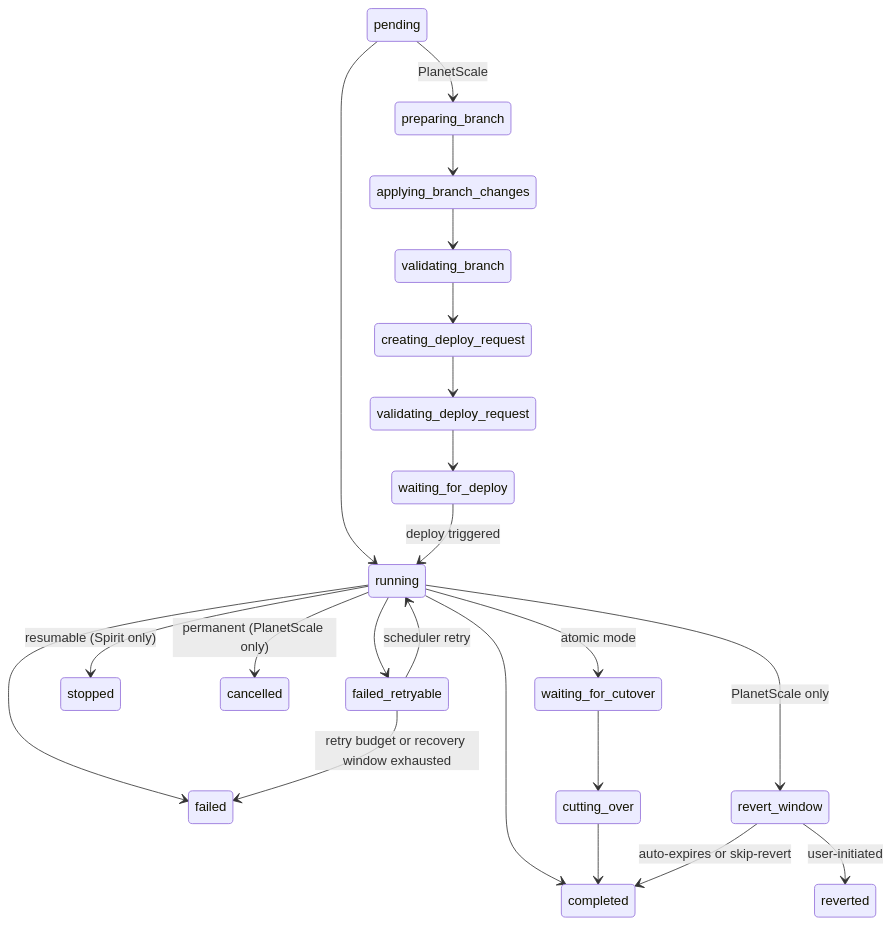
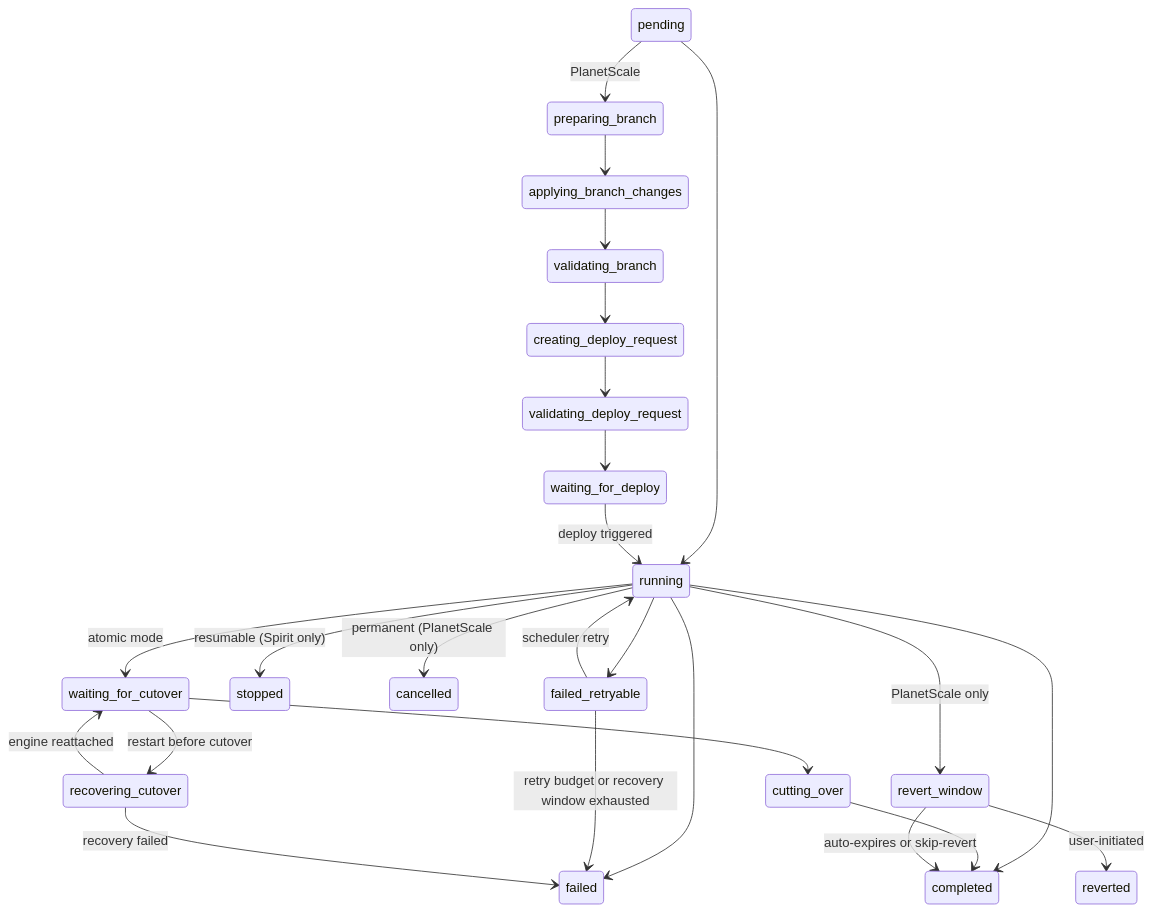
Before and after one commit to block/schemabot: the first of 3 diagrams in pkg/state/README.md, drawn with Mermaid. The commit also changed other lines of this file and 27 other files, not shown here.

````diff
--- a/pkg/state/README.md
+++ b/pkg/state/README.md
@@ -36,26 +37,29 @@
 ```mermaid
 stateDiagram-v2
     pending --> running
     pending --> preparing_branch : PlanetScale
     preparing_branch --> applying_branch_changes
     applying_branch_changes --> validating_branch
     validating_branch --> creating_deploy_request
     creating_deploy_request --> validating_deploy_request
     validating_deploy_request --> waiting_for_deploy
     waiting_for_deploy --> running : deploy triggered
     running --> completed
     running --> failed
     running --> failed_retryable
     running --> stopped : resumable (Spirit only)
     running --> cancelled : permanent (PlanetScale only)
     running --> waiting_for_cutover : atomic mode
     running --> revert_window : PlanetScale only
     failed_retryable --> running : scheduler retry
     failed_retryable --> failed : retry budget or recovery window exhausted
 
+    waiting_for_cutover --> recovering_cutover : restart before cutover
+    recovering_cutover --> waiting_for_cutover : engine reattached
+    recovering_cutover --> failed : recovery failed
     waiting_for_cutover --> cutting_over
     cutting_over --> completed
 
     revert_window --> completed : auto-expires or skip-revert
     revert_window --> reverted : user-initiated
 ```
````
